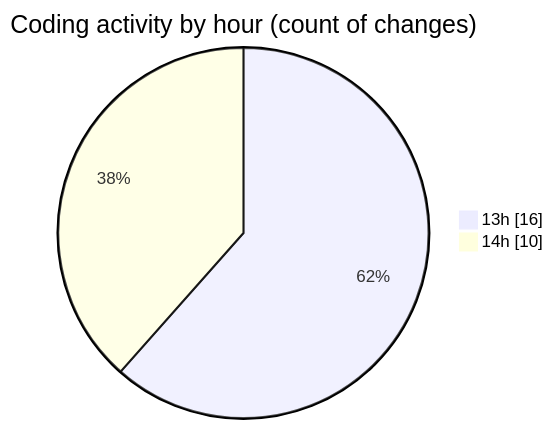
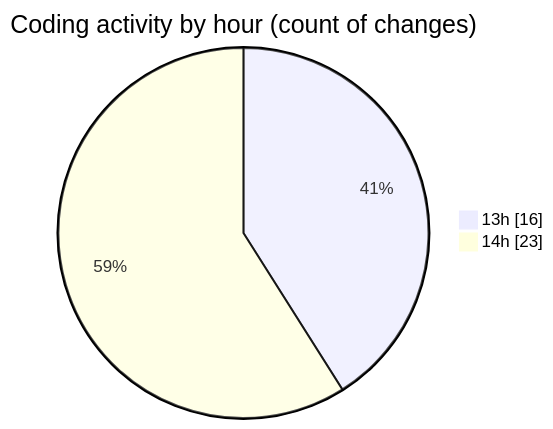
One commit to charlie-sans/code-tracking changed the second of 2 diagrams in 2025-02-23/codepack/README.md. Above: the diagram before and after it, drawn with Mermaid. The commit also changed other lines of this file and 1 other file, not shown here.

````diff
--- a/2025-02-23/codepack/README.md
+++ b/2025-02-23/codepack/README.md
@@ -30,6 +31,6 @@
 ```mermaid
 pie showData
 title Coding activity by hour (count of changes)
 "13h" : 16
-"14h" : 10
+"14h" : 23
 ```
````
